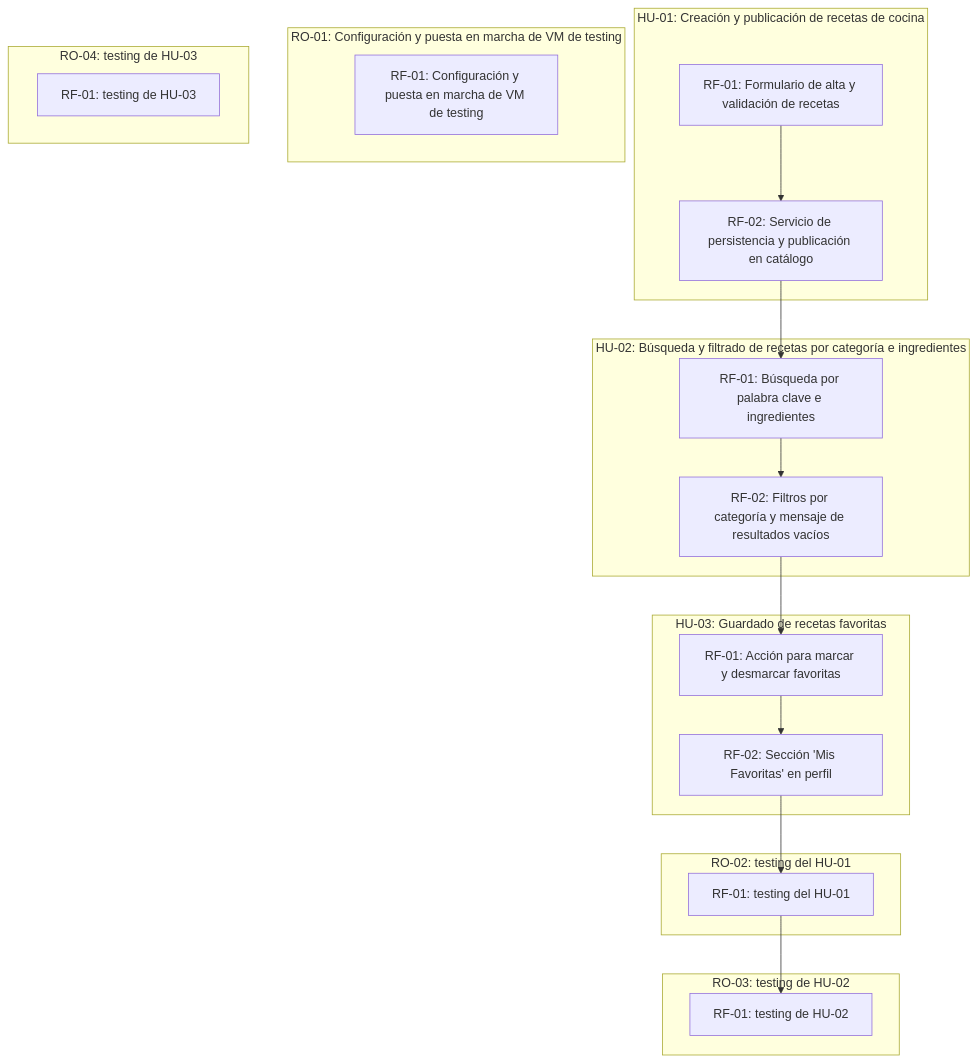
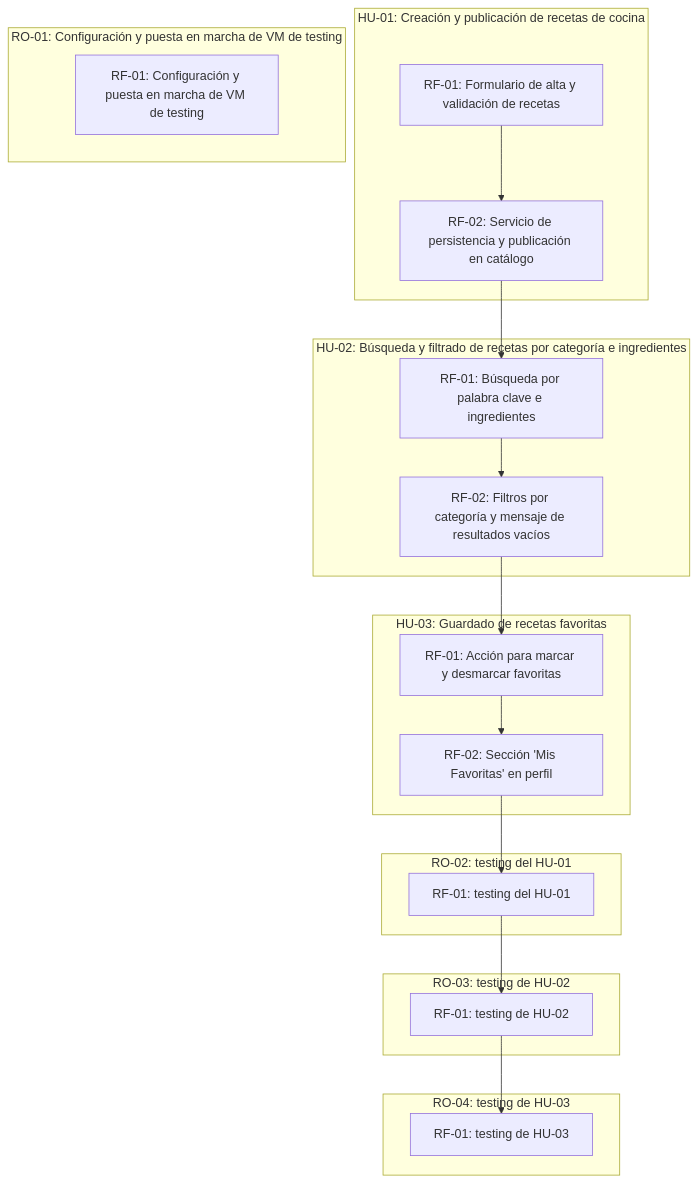
Before and after one commit to SVGiannoni/RecetasPanaRossi: the diagram in scrumDocs/grafo.md, drawn with Mermaid. The commit also changed other lines of this file, not shown here.

````diff
--- a/scrumDocs/grafo.md
+++ b/scrumDocs/grafo.md
@@ -5,34 +5,35 @@
 ```mermaid
 graph TD
   subgraph US_1788784804716["HU-01: Creación y publicación de recetas de cocina"]
     REQ_1788785182545["RF-01: Formulario de alta y validación de recetas"]
     REQ_1788785196739["RF-02: Servicio de persistencia y publicación en catálogo"]
   end
   subgraph US_1788784817567["HU-02: Búsqueda y filtrado de recetas por categoría e ingredientes"]
     REQ_1788785446610["RF-01: Búsqueda por palabra clave e ingredientes"]
     REQ_1788785477255["RF-02: Filtros por categoría y mensaje de resultados vacíos"]
   end
   subgraph US_1788784829317["HU-03: Guardado de recetas favoritas"]
     REQ_1788785498187["RF-01: Acción para marcar y desmarcar favoritas"]
     REQ_1788785510602["RF-02: Sección 'Mis Favoritas' en perfil"]
   end
   subgraph US_1788785524805["RO-01: Configuración y puesta en marcha de VM de testing"]
     REQ_1788785524811["RF-01: Configuración y puesta en marcha de VM de testing"]
   end
   subgraph US_1788790818388["RO-02: testing del HU-01"]
     REQ_1788790818395["RF-01: testing del HU-01"]
   end
   subgraph US_1788790905857["RO-03: testing de HU-02"]
     REQ_1788790905863["RF-01: testing de HU-02"]
   end
   subgraph US_1788790968088["RO-04: testing de HU-03"]
     REQ_1788790968095["RF-01: testing de HU-03"]
   end
   REQ_1788785182545 --> REQ_1788785196739
   REQ_1788785196739 --> REQ_1788785446610
   REQ_1788785446610 --> REQ_1788785477255
   REQ_1788785477255 --> REQ_1788785498187
   REQ_1788785498187 --> REQ_1788785510602
   REQ_1788785510602 --> REQ_1788790818395
   REQ_1788790818395 --> REQ_1788790905863
+  REQ_1788790905863 --> REQ_1788790968095
 ```
````
